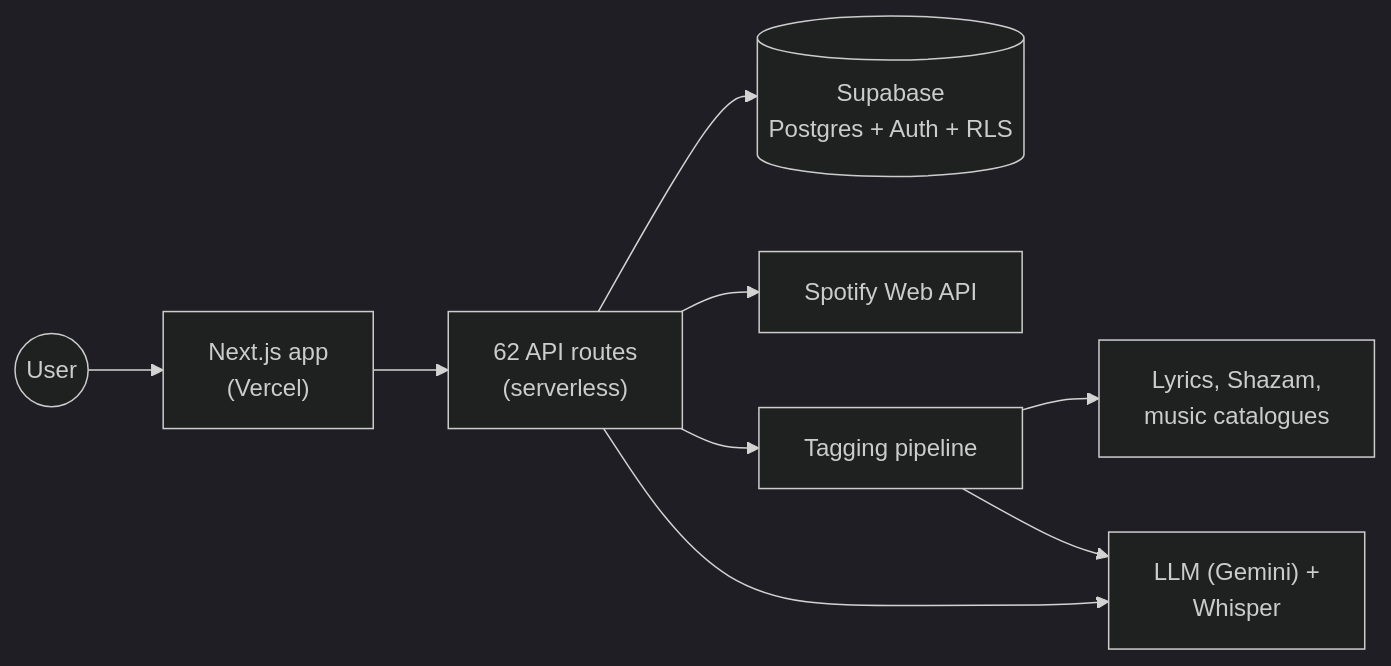
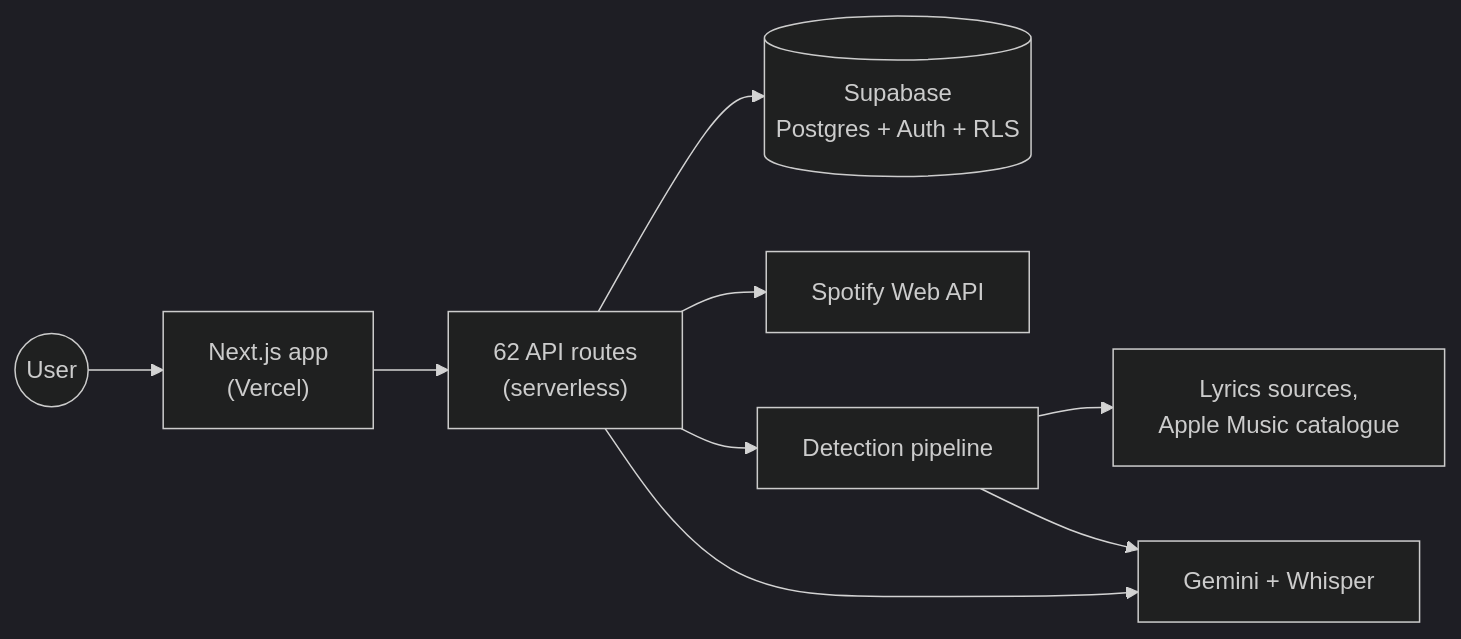
One commit to andrealacche11-crypto/portfolio changed the second of 2 diagrams in personal/pepitune.md. Above: the diagram before and after it, drawn with Mermaid (dark theme). The commit also changed other lines of this file, not shown here.

Commit message:
Pepitune: add detection diagram from current code, fix outdated pipeline facts

````diff
--- a/personal/pepitune.md
+++ b/personal/pepitune.md
@@ -84,11 +123,11 @@
 ```mermaid
 flowchart LR
     U((User)) --> APP["Next.js app<br/>(Vercel)"]
     APP --> API["62 API routes<br/>(serverless)"]
     API --> DB[("Supabase<br/>Postgres + Auth + RLS")]
     API --> SP[Spotify Web API]
-    API --> PIPE["Tagging pipeline"]
-    PIPE --> EXT["Lyrics, Shazam,<br/>music catalogues"]
-    PIPE --> AI["LLM (Gemini) +<br/>Whisper"]
+    API --> PIPE["Detection pipeline"]
+    PIPE --> EXT["Lyrics sources,<br/>Apple Music catalogue"]
+    PIPE --> AI["Gemini + Whisper"]
     API --> AI
 ```
````
